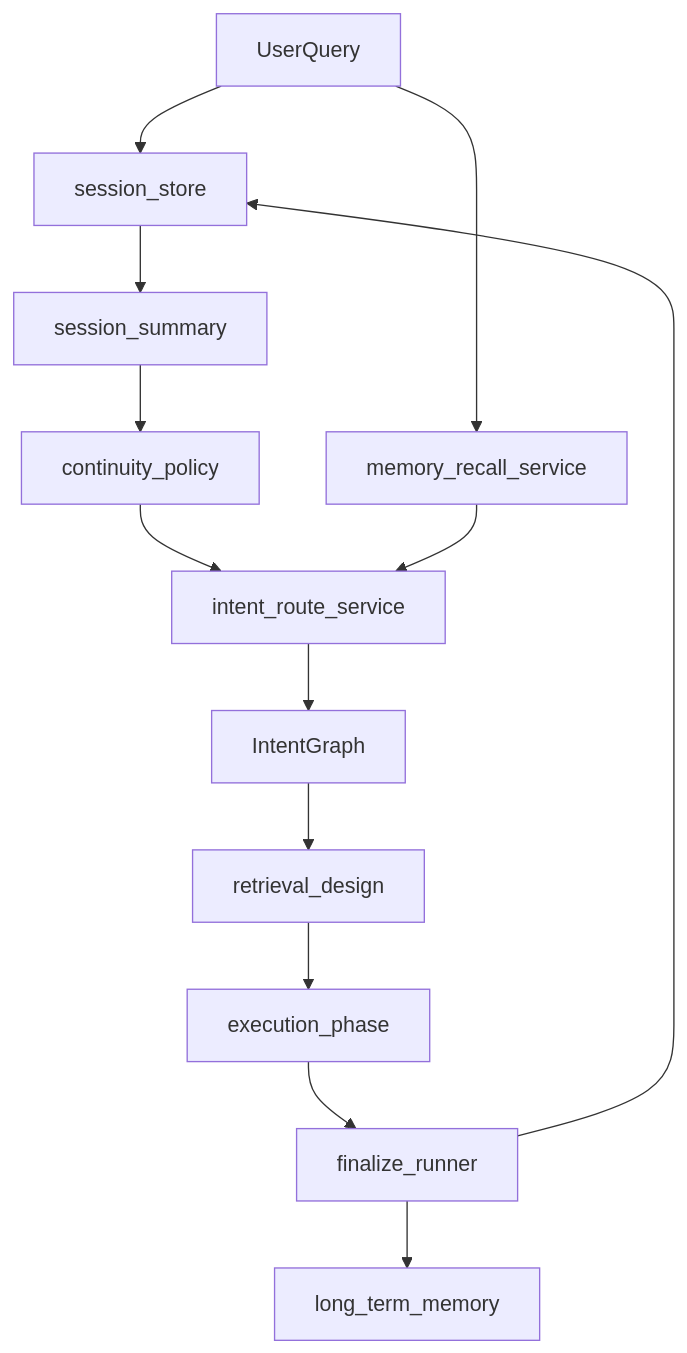
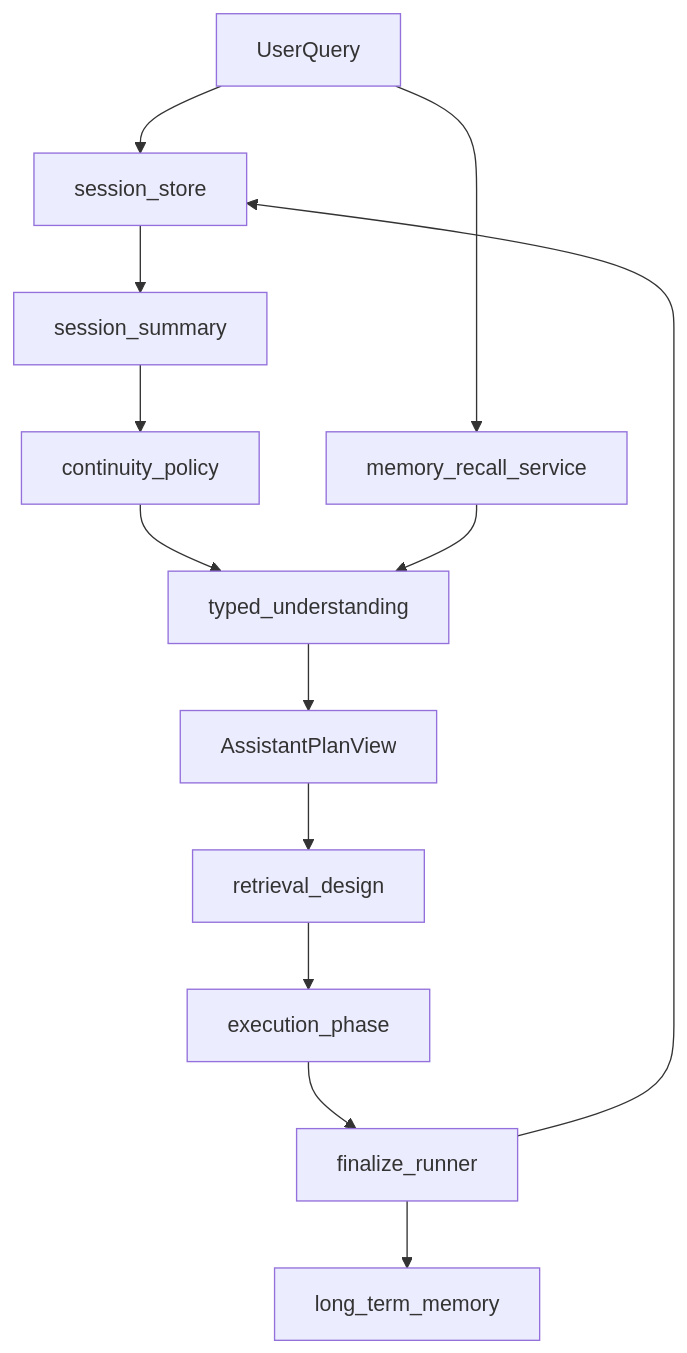
Before and after one commit to openstudio2022/quwoquan: the second of 4 diagrams in quwoquan_app/assistant/docs/PERSONAL_ASSISTANT_DIRECTORY_LEVEL_DESIGN.md, drawn with Mermaid. The commit also changed other lines of this file and 652 other files, not shown here.

````diff
--- a/quwoquan_app/assistant/docs/PERSONAL_ASSISTANT_DIRECTORY_LEVEL_DESIGN.md
+++ b/quwoquan_app/assistant/docs/PERSONAL_ASSISTANT_DIRECTORY_LEVEL_DESIGN.md
@@ -356,19 +358,19 @@
 ```mermaid
 flowchart TD
   user[UserQuery]
   sessionStore[session_store]
   sessionSummary[session_summary]
   continuity[continuity_policy]
-  intent[intent_route_service]
+  understanding[typed_understanding]
   memoryRecall[memory_recall_service]
-  intentGraph[IntentGraph]
+  planView[AssistantPlanView]
   retrieval[retrieval_design]
   execution[execution_phase]
   finalize[finalize_runner]
   longMemory[long_term_memory]
 
-  user --> sessionStore --> sessionSummary --> continuity --> intent
-  user --> memoryRecall --> intent
-  intent --> intentGraph --> retrieval --> execution --> finalize --> longMemory
+  user --> sessionStore --> sessionSummary --> continuity --> understanding
+  user --> memoryRecall --> understanding
+  understanding --> planView --> retrieval --> execution --> finalize --> longMemory
   finalize --> sessionStore
 ```
````
